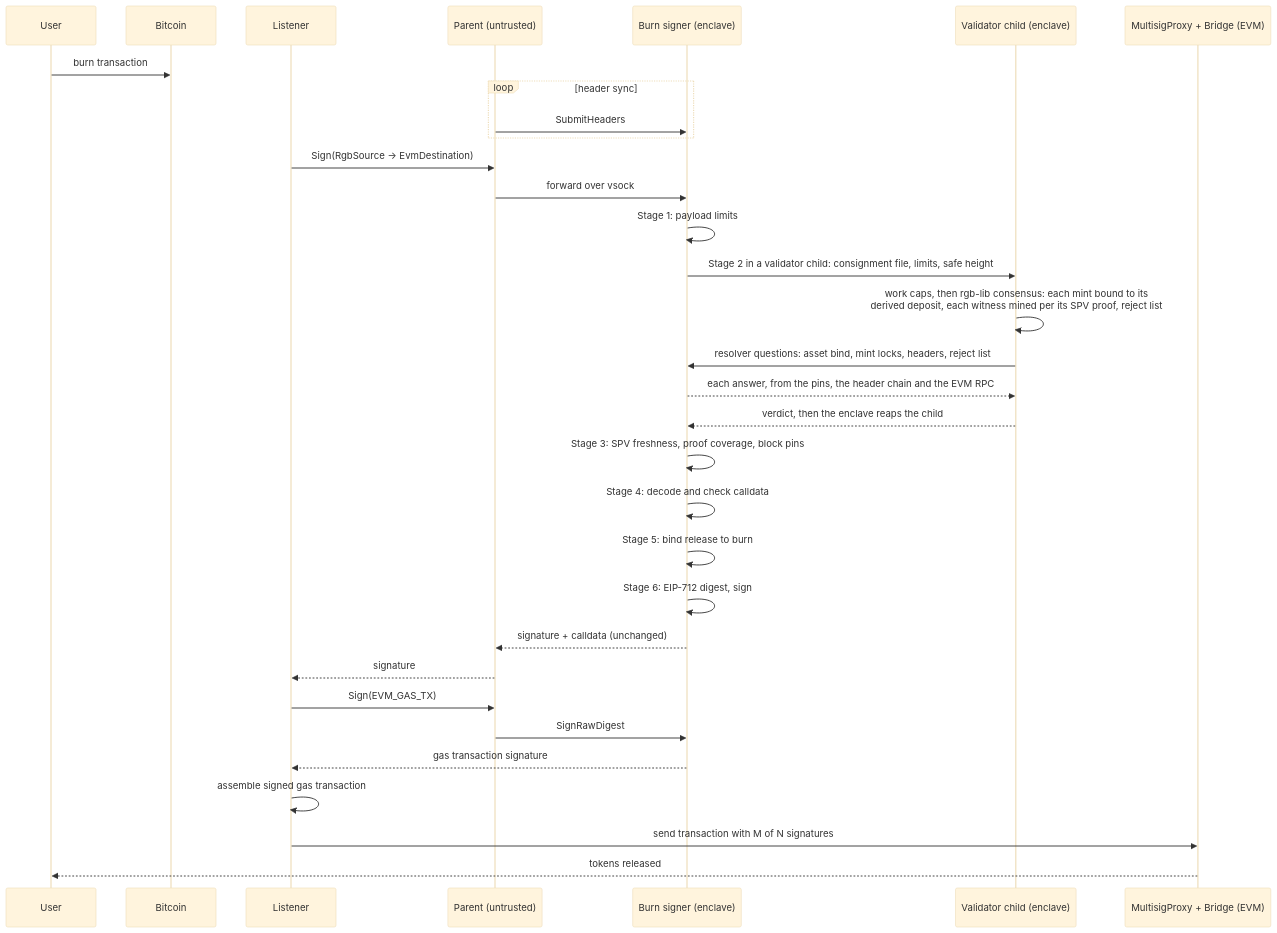
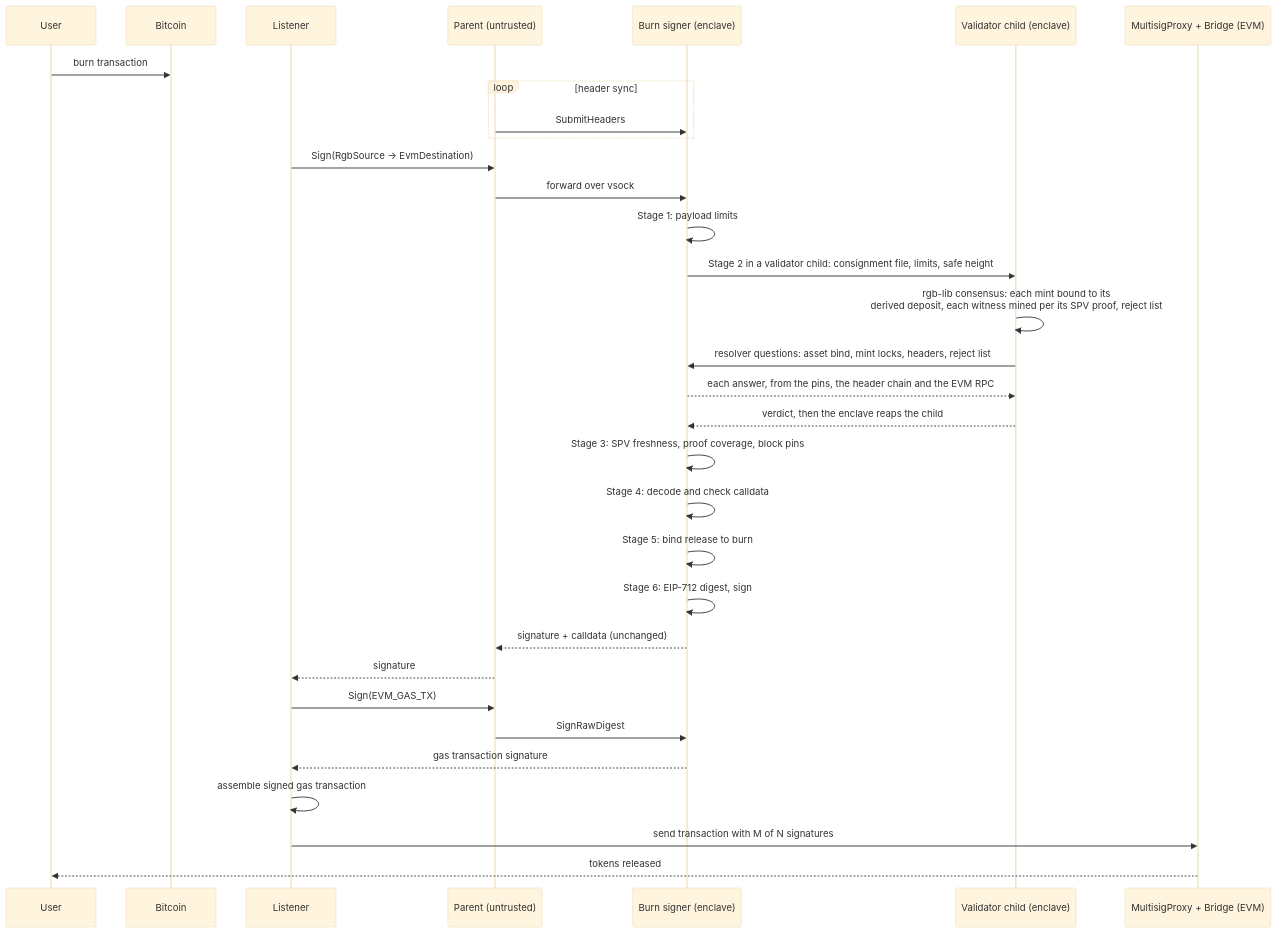
The diagram in docs/burn-flow.md (UTEXO-Protocol/enclave-signer), drawn with Mermaid (base theme) before and after one commit. The commit also changed other lines of this file and 38 other files, not shown here.

````diff
--- a/docs/burn-flow.md
+++ b/docs/burn-flow.md
@@ -61,35 +61,35 @@
 ```mermaid
 sequenceDiagram
     participant U as User
     participant BT as Bitcoin
     participant L as Listener
     participant P as Parent (untrusted)
     participant E as Burn signer (enclave)
     participant V as Validator child (enclave)
     participant C as MultisigProxy + Bridge (EVM)
 
     U->>BT: burn transaction
     loop header sync
         P->>E: SubmitHeaders
     end
     L->>P: Sign(RgbSource -> EvmDestination)
     P->>E: forward over vsock
     E->>E: Stage 1: payload limits
     E->>V: Stage 2 in a validator child: consignment file, limits, safe height
-    V->>V: work caps, then rgb-lib consensus: each mint bound to its<br/>derived deposit, each witness mined per its SPV proof, reject list
+    V->>V: rgb-lib consensus: each mint bound to its<br/>derived deposit, each witness mined per its SPV proof, reject list
     V->>E: resolver questions: asset bind, mint locks, headers, reject list
     E-->>V: each answer, from the pins, the header chain and the EVM RPC
     V-->>E: verdict, then the enclave reaps the child
     E->>E: Stage 3: SPV freshness, proof coverage, block pins
     E->>E: Stage 4: decode and check calldata
     E->>E: Stage 5: bind release to burn
     E->>E: Stage 6: EIP-712 digest, sign
     E-->>P: signature + calldata (unchanged)
     P-->>L: signature
     L->>P: Sign(EVM_GAS_TX)
     P->>E: SignRawDigest
     E-->>L: gas transaction signature
     L->>L: assemble signed gas transaction
     L->>C: send transaction with M of N signatures
     C-->>U: tokens released
 ```
````
